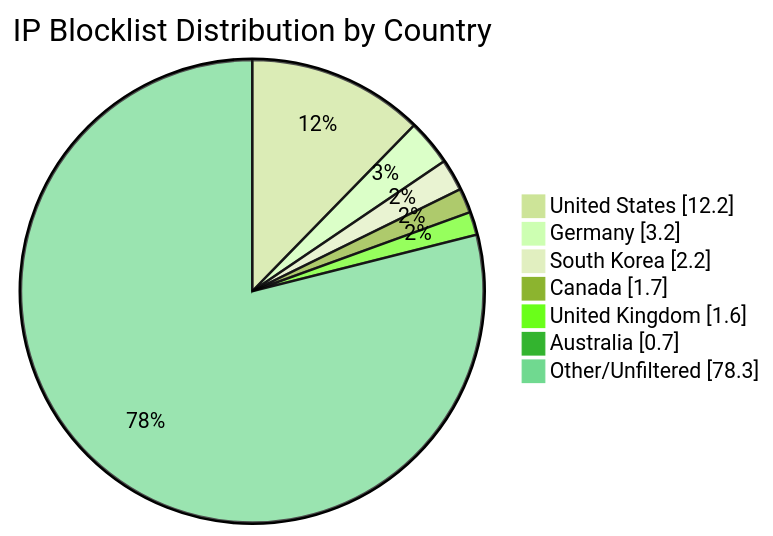
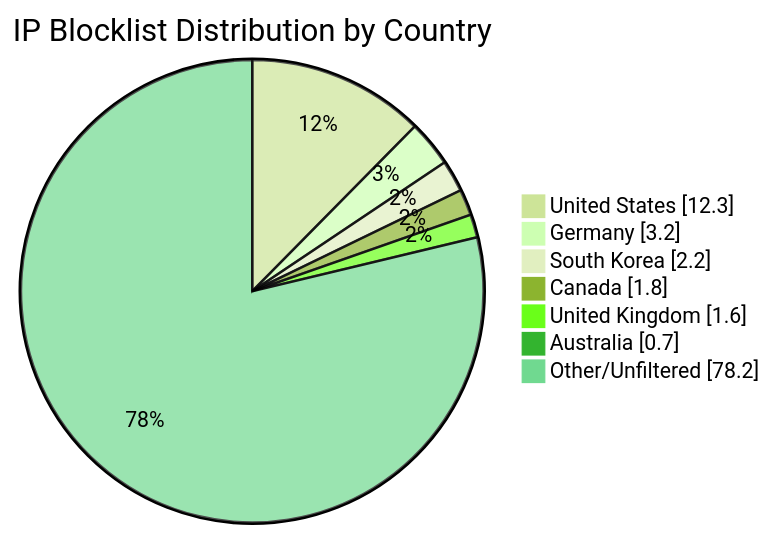
One commit to MarcusHoltz/ipblocklist-geofiltered-aggregator changed the diagram in README.md. Above: the diagram before and after it, drawn with Mermaid (forest theme). The commit also changed other lines of this file and 9 other files, not shown here.

````diff
--- a/README.md
+++ b/README.md
@@ -34,10 +34,10 @@
 ```mermaid
 pie showData title IP Blocklist Distribution by Country
-"United States" : 12.2
+"United States" : 12.3
 "Germany" : 3.2
 "South Korea" : 2.2
-"Canada" : 1.7
+"Canada" : 1.8
 "United Kingdom" : 1.6
 "Australia" : 0.7
-"Other/Unfiltered" : 78.3
+"Other/Unfiltered" : 78.2
 ```
````
